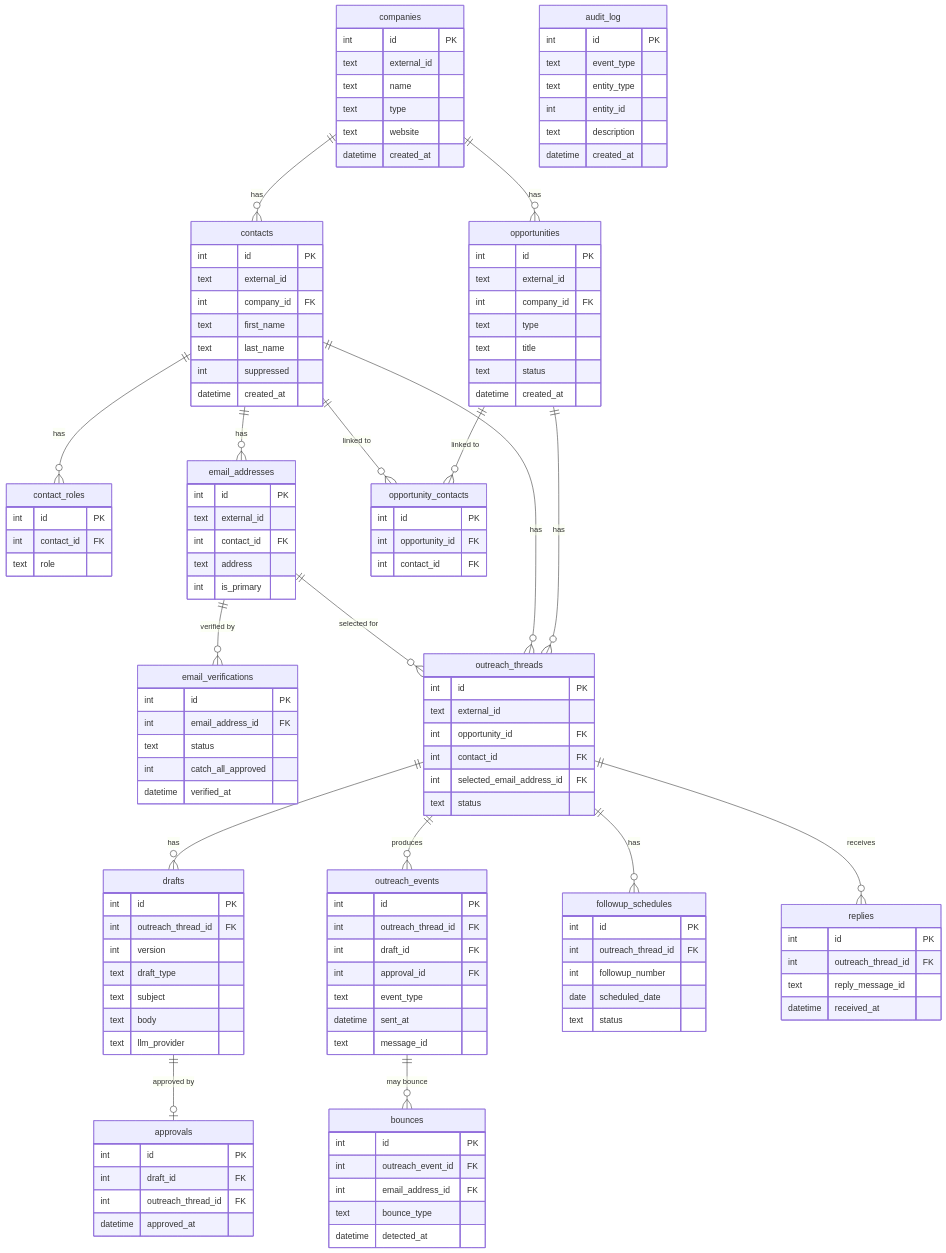
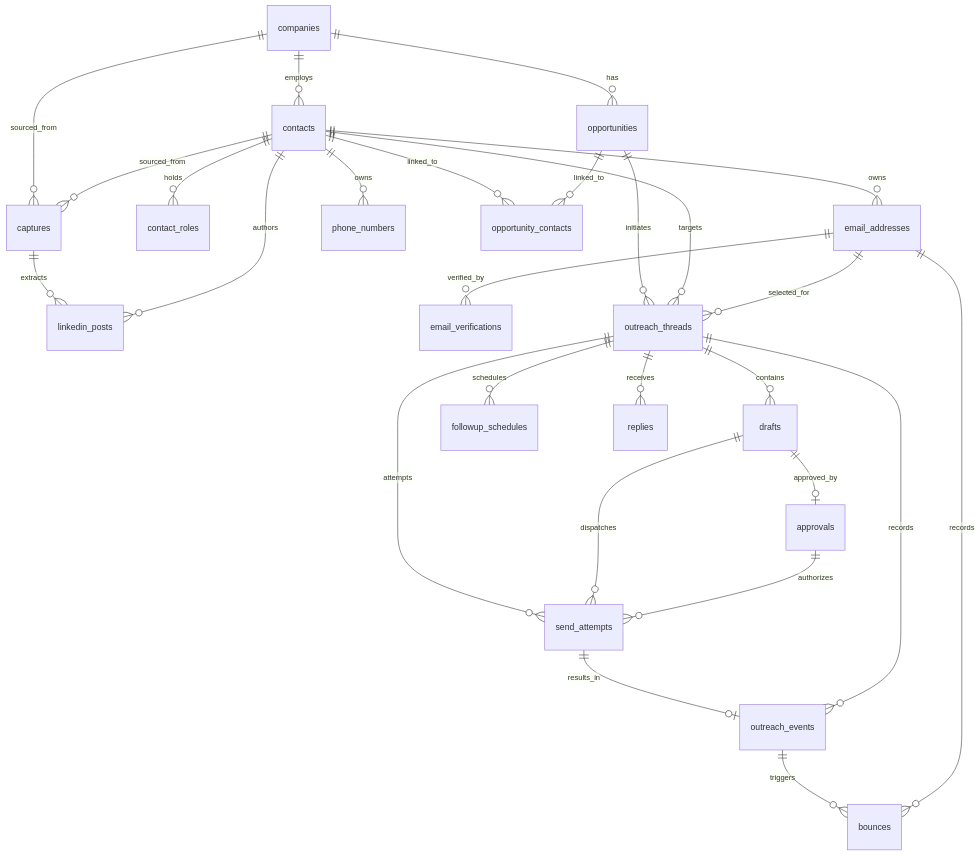
The diagram in docs/DATABASE_SCHEMA.md (Devzane/Tandora), drawn with Mermaid before and after one commit. The commit also changed other lines of this file, not shown here.

Commit message:
docs(db): finalize 21-table schema with captures, posts, phone numbers, and send attempts

````diff
--- a/docs/DATABASE_SCHEMA.md
+++ b/docs/DATABASE_SCHEMA.md
@@ -361,144 +456,37 @@
 ```mermaid
 erDiagram
-    companies {
-        int id PK
-        text external_id
-        text name
-        text type
-        text website
-        datetime created_at
-    }
-
-    opportunities {
-        int id PK
-        text external_id
-        int company_id FK
-        text type
-        text title
-        text status
-        datetime created_at
-    }
-
-    contacts {
-        int id PK
-        text external_id
-        int company_id FK
-        text first_name
-        text last_name
-        int suppressed
-        datetime created_at
-    }
-
-    contact_roles {
-        int id PK
-        int contact_id FK
-        text role
-    }
-
-    email_addresses {
-        int id PK
-        text external_id
-        int contact_id FK
-        text address
-        int is_primary
-    }
-
-    email_verifications {
-        int id PK
-        int email_address_id FK
-        text status
-        int catch_all_approved
-        datetime verified_at
-    }
-
-    opportunity_contacts {
-        int id PK
-        int opportunity_id FK
-        int contact_id FK
-    }
-
-    outreach_threads {
-        int id PK
-        text external_id
-        int opportunity_id FK
-        int contact_id FK
-        int selected_email_address_id FK
-        text status
-    }
-
-    drafts {
-        int id PK
-        int outreach_thread_id FK
-        int version
-        text draft_type
-        text subject
-        text body
-        text llm_provider
-    }
-
-    approvals {
-        int id PK
-        int draft_id FK
-        int outreach_thread_id FK
-        datetime approved_at
-    }
-
-    outreach_events {
-        int id PK
-        int outreach_thread_id FK
-        int draft_id FK
-        int approval_id FK
-        text event_type
-        datetime sent_at
-        text message_id
-    }
-
-    followup_schedules {
-        int id PK
-        int outreach_thread_id FK
-        int followup_number
-        date scheduled_date
-        text status
-    }
-
-    replies {
-        int id PK
-        int outreach_thread_id FK
-        text reply_message_id
-        datetime received_at
-    }
-
-    bounces {
-        int id PK
-        int outreach_event_id FK
-        int email_address_id FK
-        text bounce_type
-        datetime detected_at
-    }
-
-    audit_log {
-        int id PK
-        text event_type
-        text entity_type
-        int entity_id
-        text description
-        datetime created_at
-    }
-
     companies ||--o{ opportunities : "has"
-    companies ||--o{ contacts : "has"
-    contacts ||--o{ contact_roles : "has"
-    contacts ||--o{ email_addresses : "has"
-    email_addresses ||--o{ email_verifications : "verified by"
-    opportunities ||--o{ opportunity_contacts : "linked to"
-    contacts ||--o{ opportunity_contacts : "linked to"
-    opportunities ||--o{ outreach_threads : "has"
-    contacts ||--o{ outreach_threads : "has"
-    email_addresses ||--o{ outreach_threads : "selected for"
-    outreach_threads ||--o{ drafts : "has"
-    drafts ||--o| approvals : "approved by"
-    outreach_threads ||--o{ outreach_events : "produces"
-    outreach_threads ||--o{ followup_schedules : "has"
+    companies ||--o{ contacts : "employs"
+    companies ||--o{ captures : "sourced_from"
+    
+    contacts ||--o{ contact_roles : "holds"
+    contacts ||--o{ email_addresses : "owns"
+    contacts ||--o{ phone_numbers : "owns"
+    contacts ||--o{ opportunity_contacts : "linked_to"
+    opportunities ||--o{ opportunity_contacts : "linked_to"
+    
+    contacts ||--o{ captures : "sourced_from"
+    captures ||--o{ linkedin_posts : "extracts"
+    contacts ||--o{ linkedin_posts : "authors"
+    
+    email_addresses ||--o{ email_verifications : "verified_by"
+    
+    opportunities ||--o{ outreach_threads : "initiates"
+    contacts ||--o{ outreach_threads : "targets"
+    email_addresses ||--o{ outreach_threads : "selected_for"
+    
+    outreach_threads ||--o{ drafts : "contains"
+    drafts ||--o| approvals : "approved_by"
+    
+    outreach_threads ||--o{ send_attempts : "attempts"
+    drafts ||--o{ send_attempts : "dispatches"
+    approvals ||--o{ send_attempts : "authorizes"
+    
+    send_attempts ||--o| outreach_events : "results_in"
+    outreach_threads ||--o{ outreach_events : "records"
+    outreach_events ||--o{ bounces : "triggers"
+    email_addresses ||--o{ bounces : "records"
+    
+    outreach_threads ||--o{ followup_schedules : "schedules"
     outreach_threads ||--o{ replies : "receives"
-    outreach_events ||--o{ bounces : "may bounce"
 ```
````
